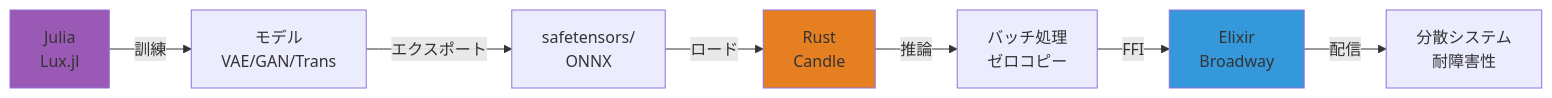
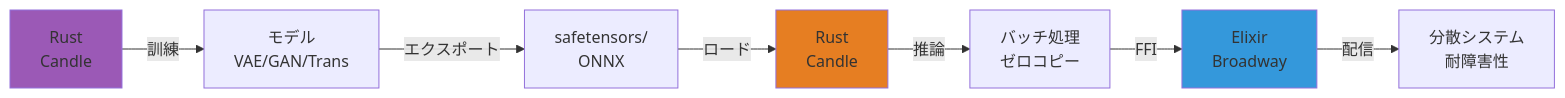
One commit to fumishiki/zenn changed the third of 7 diagrams in articles/ml-lecture-20-part1.md. Above: the diagram before and after it, drawn with Mermaid. The commit also changed other lines of this file and 97 other files, not shown here.

````diff
--- a/articles/ml-lecture-20-part1.md
+++ b/articles/ml-lecture-20-part1.md
@@ -379,13 +398,13 @@
 ```mermaid
 graph LR
-    A[Julia<br>Lux.jl] -->|訓練| B[モデル<br>VAE/GAN/Trans]
+    A[Rust<br>Candle] -->|訓練| B[モデル<br>VAE/GAN/Trans]
     B -->|エクスポート| C[safetensors/<br>ONNX]
     C -->|ロード| D[Rust<br>Candle]
     D -->|推論| E[バッチ処理<br>ゼロコピー]
     E -->|FFI| F[Elixir<br>Broadway]
     F -->|配信| G[分散システム<br>耐障害性]
 
     style A fill:#9b59b6
     style D fill:#e67e22
     style F fill:#3498db
 ```
````
